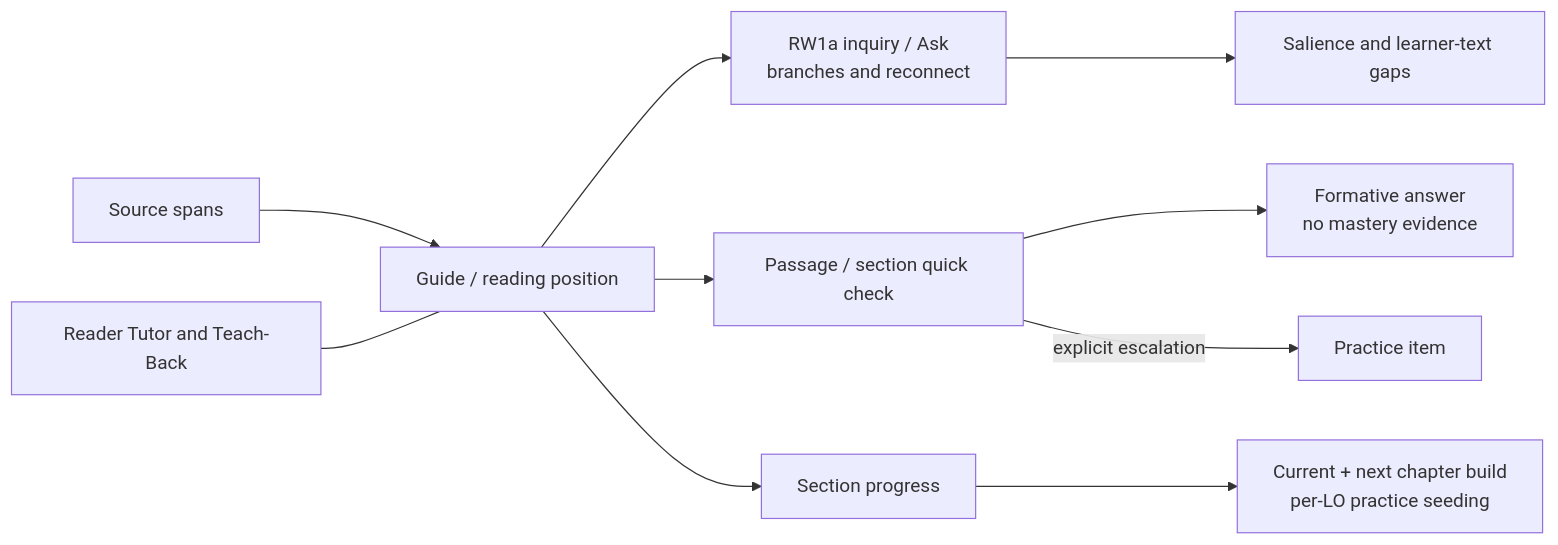
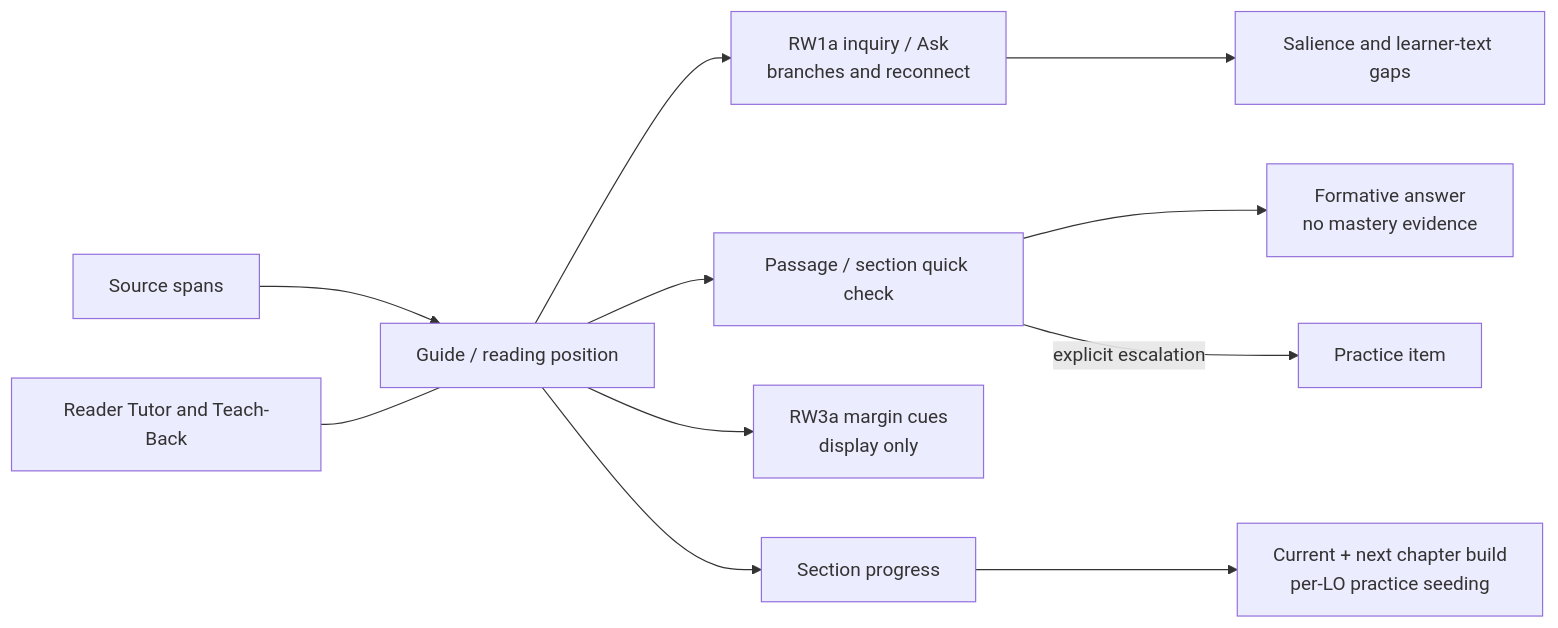
The third of 8 diagrams in docs/learnloop-architecture-vault/Maps/LearnLoop Pipeline Map.md (6up-b/learnanything), drawn with Mermaid before and after one commit. The commit also changed other lines of this file and 371 other files, not shown here.

First line of the commit message:
Regenerate the DB and config references after landing reader/rw3a on main; Pipeline Map names the Reader hooks and RW3a margin cues

````diff
--- a/docs/learnloop-architecture-vault/Maps/LearnLoop Pipeline Map.md
+++ b/docs/learnloop-architecture-vault/Maps/LearnLoop Pipeline Map.md
@@ -128,13 +129,14 @@
 ```mermaid
 flowchart LR
     S["Source spans"] --> G["Guide / reading position"]
     G --> A["RW1a inquiry / Ask<br/>branches and reconnect"]
     G --> Q["Passage / section quick check"]
     A --> T["Salience and learner-text gaps"]
     Q --> F["Formative answer<br/>no mastery evidence"]
     Q -->|explicit escalation| P["Practice item"]
+    G --> C["RW3a margin cues<br/>display only"]
     G --> R["Section progress"]
     R --> B["Current + next chapter build<br/>per-LO practice seeding"]
     N["Reader Tutor and Teach-Back"] --- G
     class N internal-link;
 ```
````
